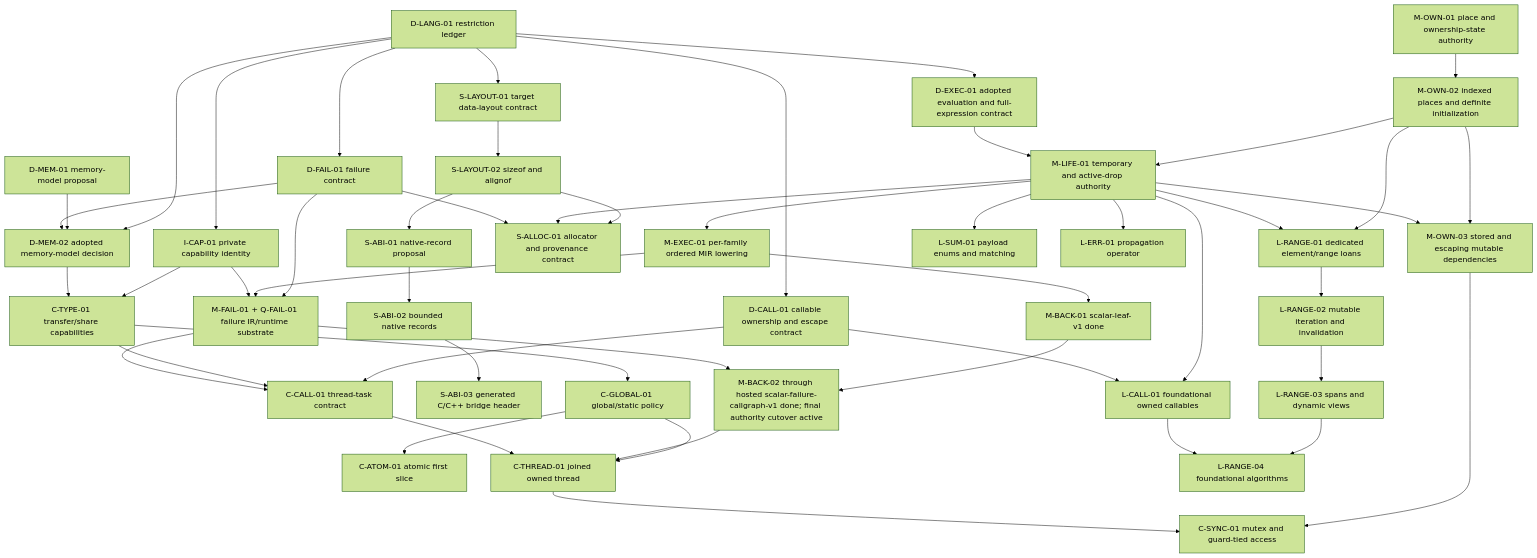
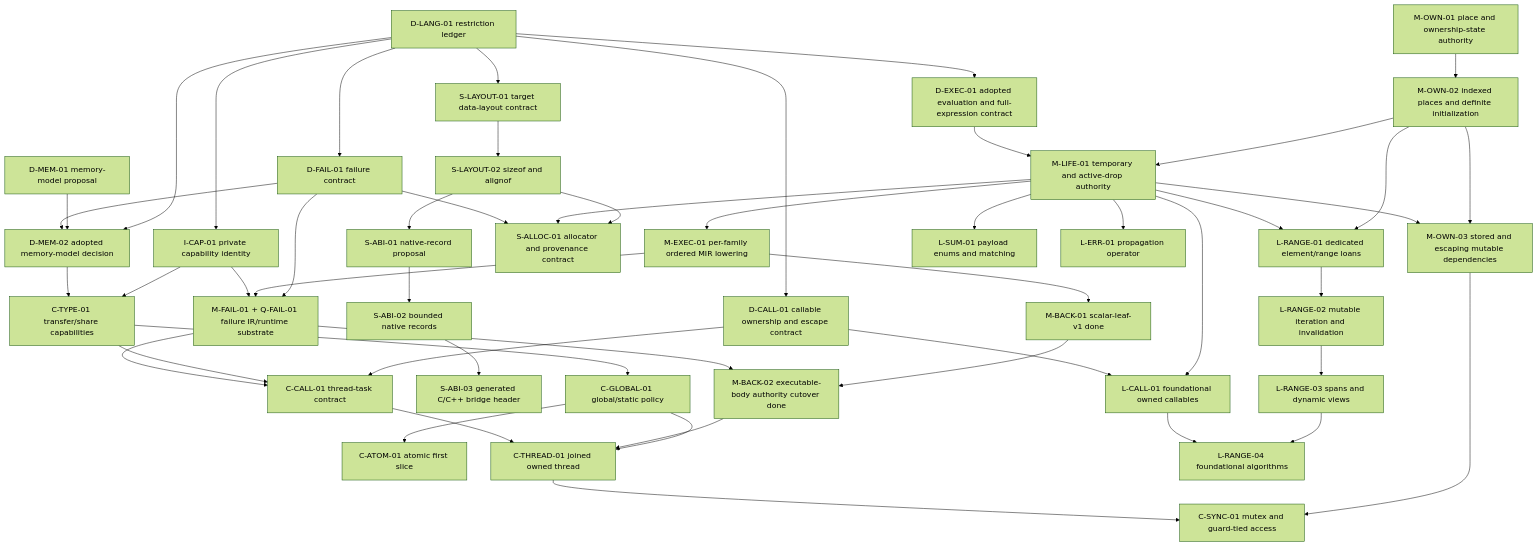
The diagram in docs/plans/implementation-sequence.md (LukeHHA/gti), drawn with Mermaid (forest theme) before and after one commit. The commit also changed other lines of this file and 85 other files, not shown here.

````diff
--- a/docs/plans/implementation-sequence.md
+++ b/docs/plans/implementation-sequence.md
@@ -322,57 +286,57 @@
 ```mermaid
 flowchart TD
   R["D-LANG-01 restriction ledger"] --> MA["D-MEM-02 adopted memory-model decision"]
   MD["D-MEM-01 memory-model proposal"] --> MA
   R --> EO["D-EXEC-01 adopted evaluation and full-expression contract"]
   R --> FC["D-FAIL-01 failure contract"]
   FC --> MA
   R --> DC["D-CALL-01 callable ownership and escape contract"]
 
   PA["M-OWN-01 place and ownership-state authority"] --> IP["M-OWN-02 indexed places and definite initialization"]
   IP --> TD["M-LIFE-01 temporary and active-drop authority"]
   EO --> TD
   IP --> SD["M-OWN-03 stored and escaping mutable dependencies"]
   TD --> SD
   TD --> OE["M-EXEC-01 per-family ordered MIR lowering"]
   FC --> MF["M-FAIL-01 + Q-FAIL-01 failure IR/runtime substrate"]
   OE --> MF
   OE --> MB1["M-BACK-01 scalar-leaf-v1 done"]
-  MB1 --> MB2["M-BACK-02 through hosted scalar-failure-callgraph-v1 done; final authority cutover active"]
+  MB1 --> MB2["M-BACK-02 executable-body authority cutover done"]
   MF --> MB2
 
   R --> DL["S-LAYOUT-01 target data-layout contract"]
   DL --> SA["S-LAYOUT-02 sizeof and alignof"]
   SA --> NR["S-ABI-01 native-record proposal"]
   NR --> NRI["S-ABI-02 bounded native records"]
   NRI --> NH["S-ABI-03 generated C/C++ bridge header"]
   SA --> AL["S-ALLOC-01 allocator and provenance contract"]
   TD --> AL
   FC --> AL
 
   R --> CP["I-CAP-01 private capability identity"]
   CP --> MF
   CP --> CT["C-TYPE-01 transfer/share capabilities"]
   MA --> CT
   CT --> CG["C-GLOBAL-01 global/static policy"]
   CG --> AT["C-ATOM-01 atomic first slice"]
   CG --> TH["C-THREAD-01 joined owned thread"]
   MB2 --> TH
   TD --> LC["L-CALL-01 foundational owned callables"]
   DC --> LC
   DC --> CC["C-CALL-01 thread-task contract"]
   CT --> CC
   MF --> CC
   CC --> TH
   SD --> MX["C-SYNC-01 mutex and guard-tied access"]
   TH --> MX
 
   IP --> RG["L-RANGE-01 dedicated element/range loans"]
   TD --> RG
   RG --> MI["L-RANGE-02 mutable iteration and invalidation"]
   MI --> VW["L-RANGE-03 spans and dynamic views"]
   VW --> ALG["L-RANGE-04 foundational algorithms"]
   LC --> ALG
 
   TD --> SUM["L-SUM-01 payload enums and matching"]
   TD --> Q["L-ERR-01 propagation operator"]
 ```
````
